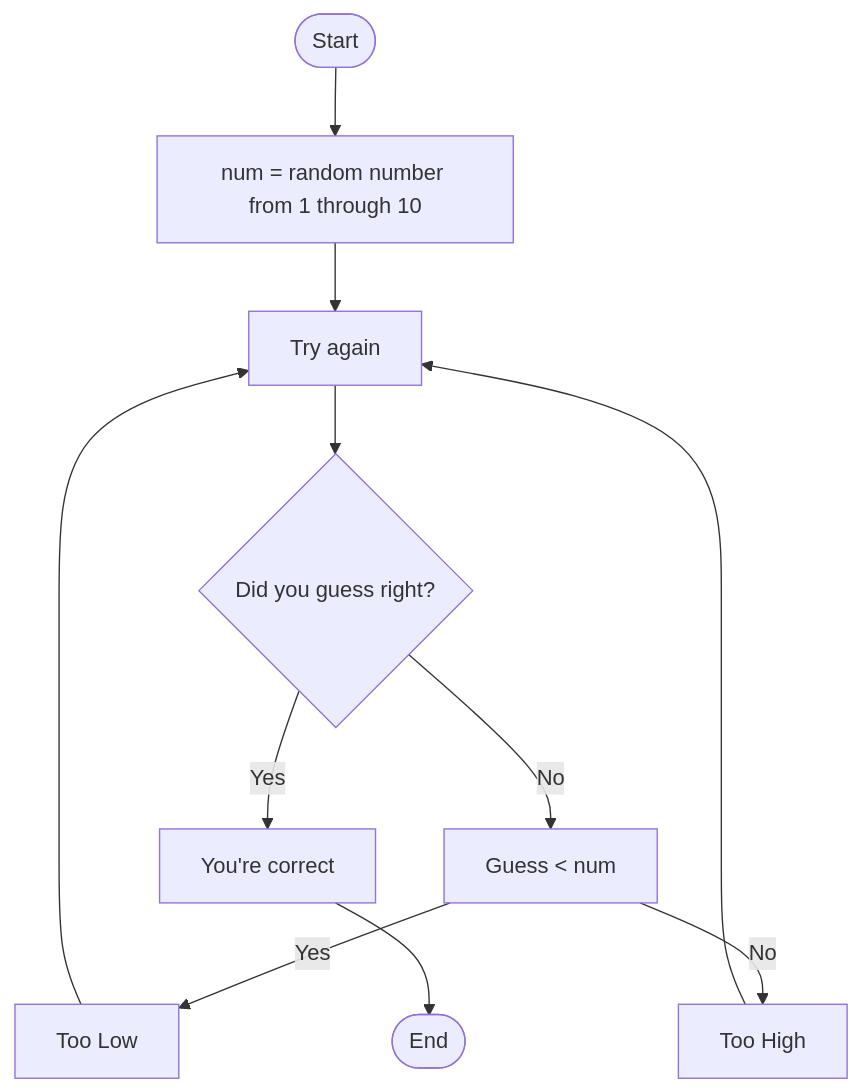
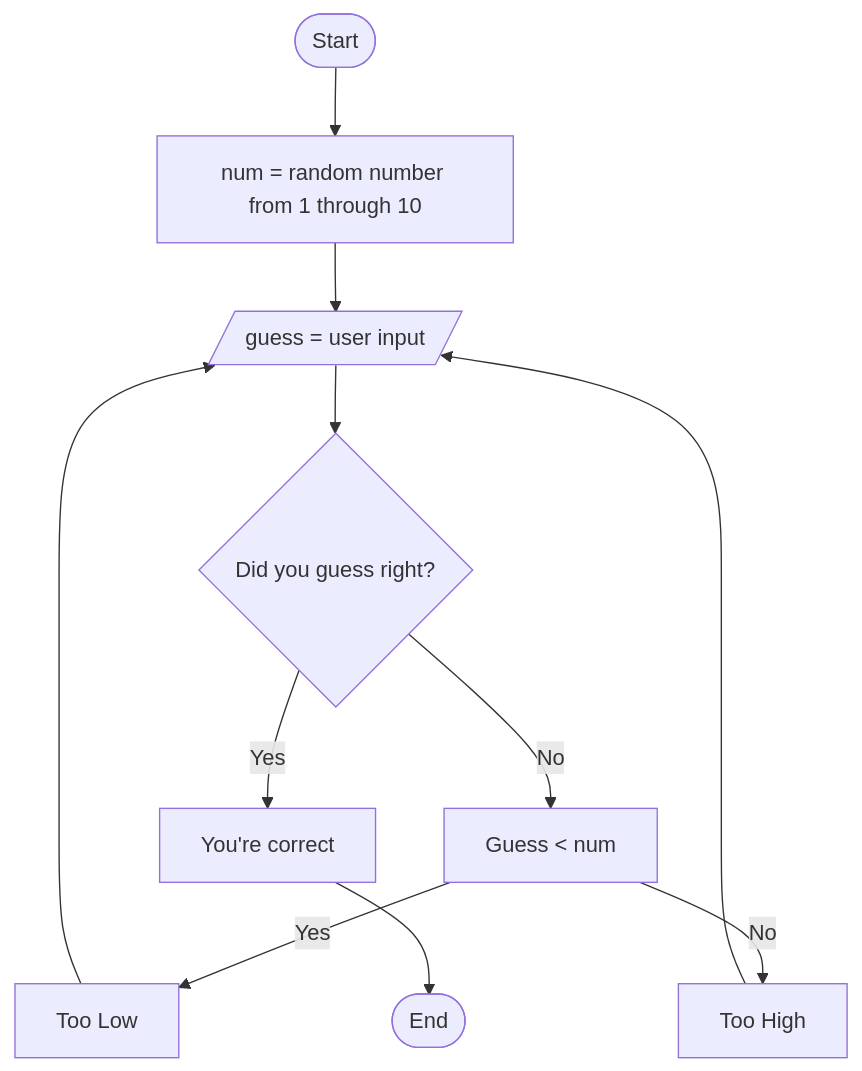
One commit to ajvilchisorozco/ajvilchisorozco.github.io changed the diagram in Guessing.md. Above: the diagram before and after it, drawn with Mermaid.

````diff
--- a/Guessing.md
+++ b/Guessing.md
@@ -1,13 +1,13 @@
 ```mermaid
 flowchart TD
 Start([Start]) --> Num[num = random number from 1 through 10]
     Num --> Guess[/guess = user input/]
     Guess --> Try{Did you guess right?}
     Try -->|No| Wrong[Guess < num]
     Wrong -->|Yes| Low[Too Low]
-    Low --> Guess[Try again]
+    Low --> Guess
     Wrong -->|No| High[Too High]
-    High --> Guess[Try again]
+    High --> Guess
     Try -->|Yes| Win[You're correct]
     Win --> End([End])
 ```
````
